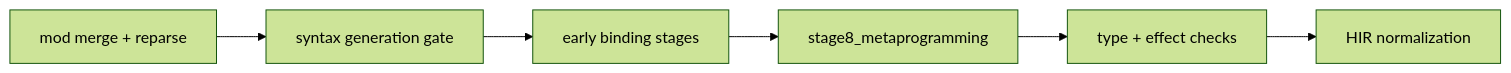
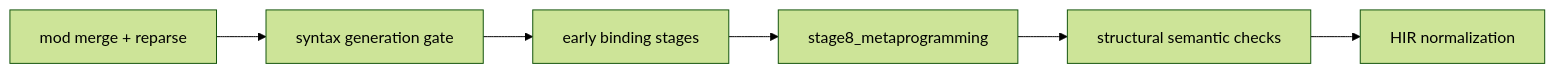
Before and after one commit to Cyber-Nomad-Collective/beskid: the diagram in site/website/src/content/docs/platform-spec/compiler/semantic-pipeline/rules-pipeline-contract/design-model.mdx, drawn with Mermaid (forest theme). The commit also changed 54 other files, not shown here.

````diff
--- a/site/website/src/content/docs/platform-spec/compiler/semantic-pipeline/rules-pipeline-contract/design-model.mdx
+++ b/site/website/src/content/docs/platform-spec/compiler/semantic-pipeline/rules-pipeline-contract/design-model.mdx
@@ -31,10 +31,10 @@
 ```mermaid
 flowchart LR
   merge[mod merge + reparse]
   gate[syntax generation gate]
   s1[early binding stages]
   s8[stage8_metaprogramming]
-  late[type + effect checks]
+  structural[structural semantic checks]
   hir[HIR normalization]
-  merge --> gate --> s1 --> s8 --> late --> hir
+  merge --> gate --> s1 --> s8 --> structural --> hir
 ```
````
